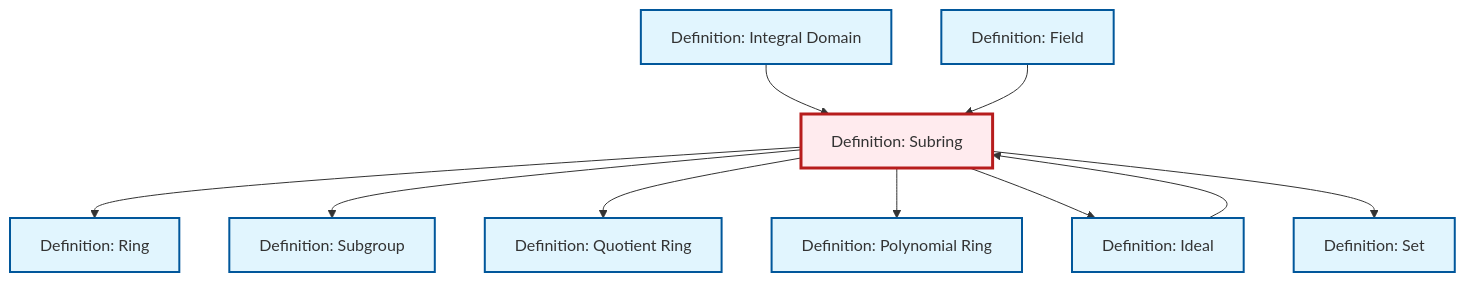
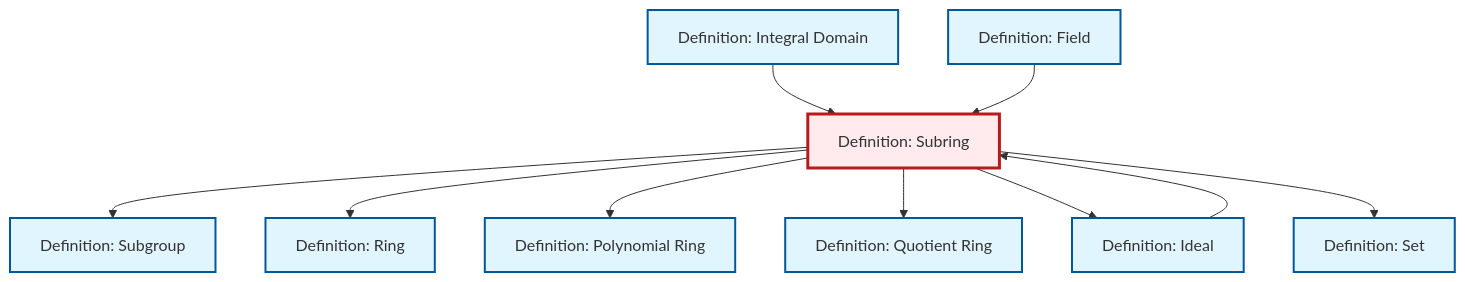
Before and after one commit to RK0429/ModernMath: the diagram in content/en/algebra/def-subring.qmd, drawn with Mermaid. The commit also changed other lines of this file and 328 other files, not shown here.

````diff
--- a/content/en/algebra/def-subring.qmd
+++ b/content/en/algebra/def-subring.qmd
@@ -84,36 +84,36 @@
 ```{mermaid}
 %%| fig-cap: "Local dependency graph"
 graph TD
     classDef definition fill:#e1f5fe,stroke:#01579b,stroke-width:2px
     classDef theorem fill:#f3e5f5,stroke:#4a148c,stroke-width:2px
     classDef axiom fill:#fff3e0,stroke:#e65100,stroke-width:2px
     classDef example fill:#e8f5e9,stroke:#1b5e20,stroke-width:2px
     classDef current fill:#ffebee,stroke:#b71c1c,stroke-width:3px
-    def-set["Definition: Set"]:::definition
-    def-subgroup["Definition: Subgroup"]:::definition
-    def-subring["Definition: Subring"]:::definition
     def-integral-domain["Definition: Integral Domain"]:::definition
-    def-polynomial-ring["Definition: Polynomial Ring"]:::definition
-    def-ring["Definition: Ring"]:::definition
     def-ideal["Definition: Ideal"]:::definition
     def-field["Definition: Field"]:::definition
+    def-ring["Definition: Ring"]:::definition
+    def-subgroup["Definition: Subgroup"]:::definition
+    def-set["Definition: Set"]:::definition
     def-quotient-ring["Definition: Quotient Ring"]:::definition
+    def-subring["Definition: Subring"]:::definition
+    def-polynomial-ring["Definition: Polynomial Ring"]:::definition
+    def-subring --> def-subgroup
+    def-subring --> def-ring
+    def-subring --> def-polynomial-ring
+    def-subring --> def-quotient-ring
     def-integral-domain --> def-subring
-    def-subring --> def-ring
-    def-subring --> def-subgroup
-    def-subring --> def-quotient-ring
-    def-subring --> def-polynomial-ring
     def-subring --> def-ideal
+    def-ideal --> def-subring
     def-field --> def-subring
     def-subring --> def-set
-    def-ideal --> def-subring
     class def-subring current
-    click def-set "def-set.html" "Go to Set definition"
-    click def-subgroup "def-subgroup.html" "Go to Subgroup definition"
     click def-integral-domain "def-integral-domain.html" "Go to Integral Domain definition"
-    click def-polynomial-ring "def-polynomial-ring.html" "Go to Polynomial Ring definition"
-    click def-ring "def-ring.html" "Go to Ring definition"
     click def-ideal "def-ideal.html" "Go to Ideal definition"
     click def-field "def-field.html" "Go to Field definition"
+    click def-ring "def-ring.html" "Go to Ring definition"
+    click def-subgroup "def-subgroup.html" "Go to Subgroup definition"
+    click def-set "def-set.html" "Go to Set definition"
     click def-quotient-ring "def-quotient-ring.html" "Go to Quotient Ring definition"
+    click def-polynomial-ring "def-polynomial-ring.html" "Go to Polynomial Ring definition"
 ```
````
